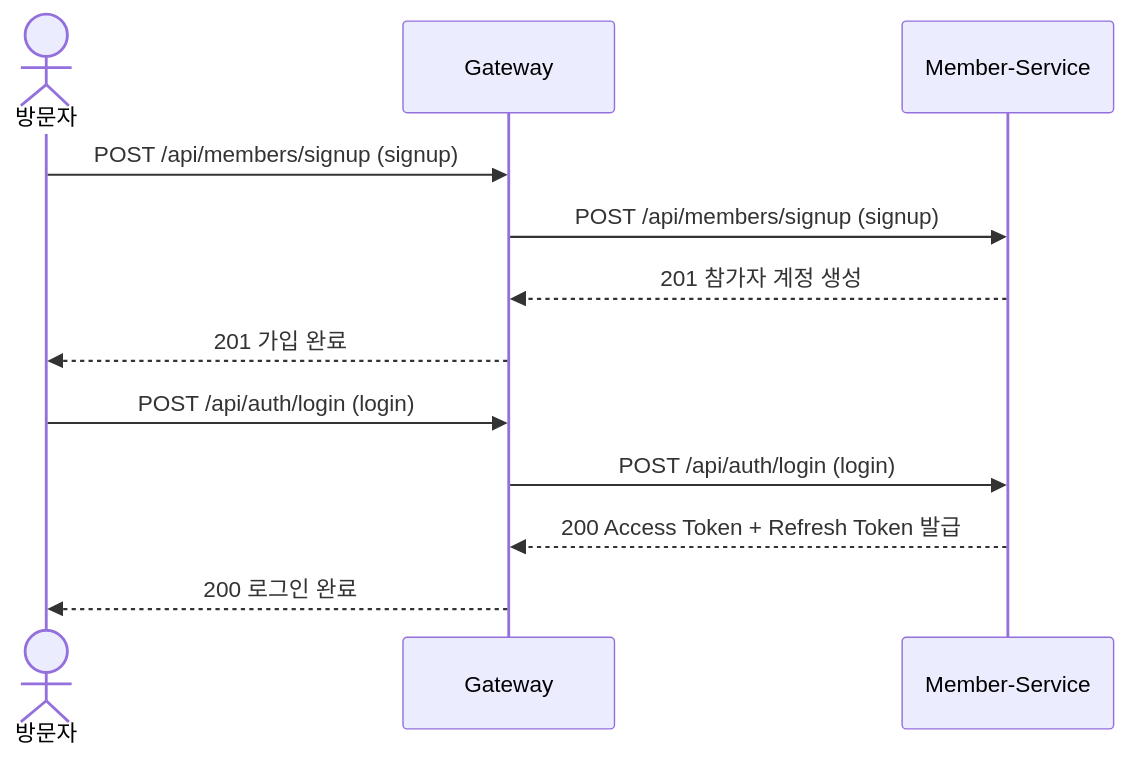
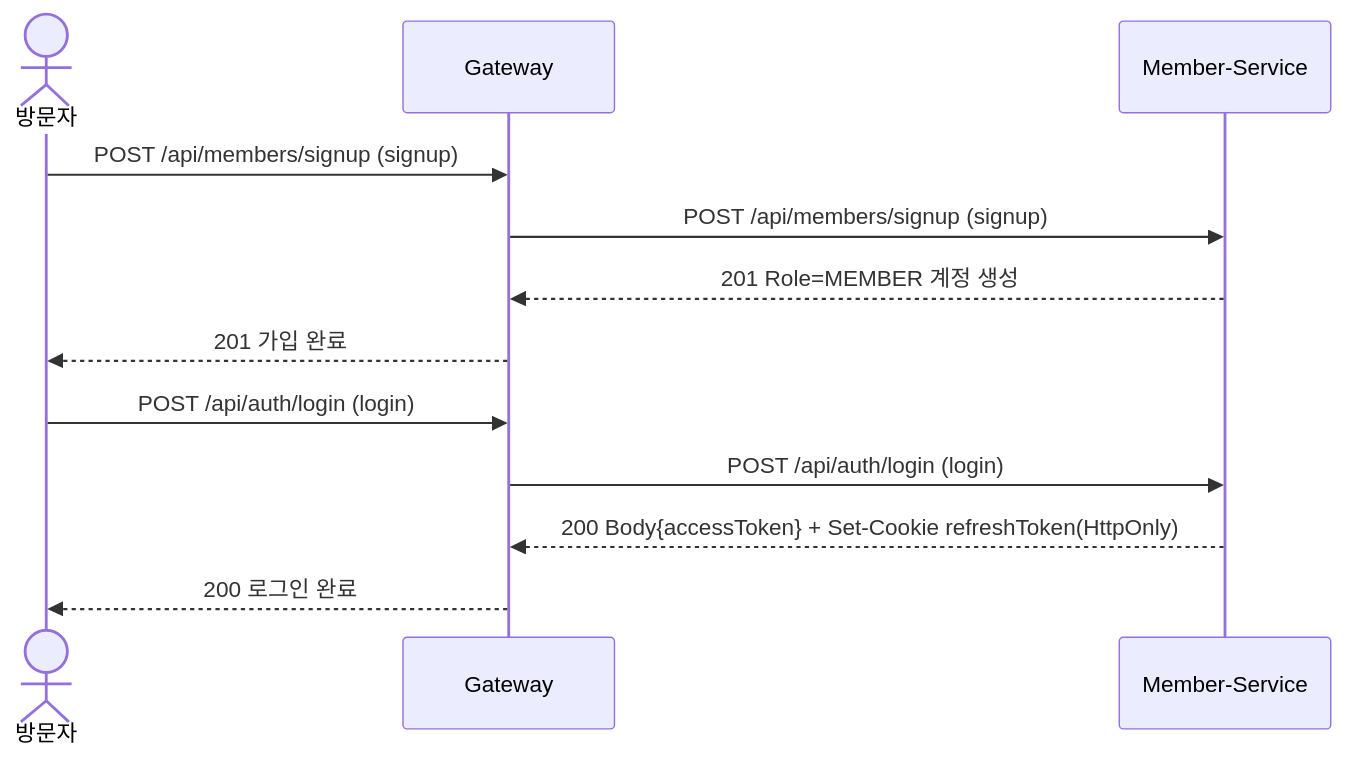
The second of 17 diagrams in docs/시퀀스.md (likelion-backend-24th/Final-Project-Team3), drawn with Mermaid before and after one commit. The commit also changed other lines of this file and 12 other files, not shown here.

````diff
--- a/docs/시퀀스.md
+++ b/docs/시퀀스.md
@@ -40,14 +45,14 @@
 ```mermaid
 sequenceDiagram
     actor V as 방문자
     participant G as Gateway
     participant MS as Member-Service
     V->>G: POST /api/members/signup (signup)
     G->>MS: POST /api/members/signup (signup)
-    MS-->>G: 201 참가자 계정 생성
+    MS-->>G: 201 Role=MEMBER 계정 생성
     G-->>V: 201 가입 완료
     V->>G: POST /api/auth/login (login)
     G->>MS: POST /api/auth/login (login)
-    MS-->>G: 200 Access Token + Refresh Token 발급
+    MS-->>G: 200 Body{accessToken} + Set-Cookie refreshToken(HttpOnly)
     G-->>V: 200 로그인 완료
 ```
````
